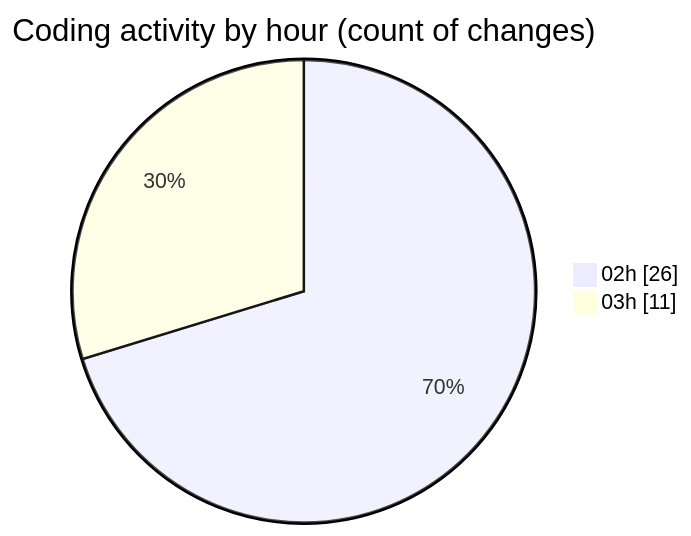
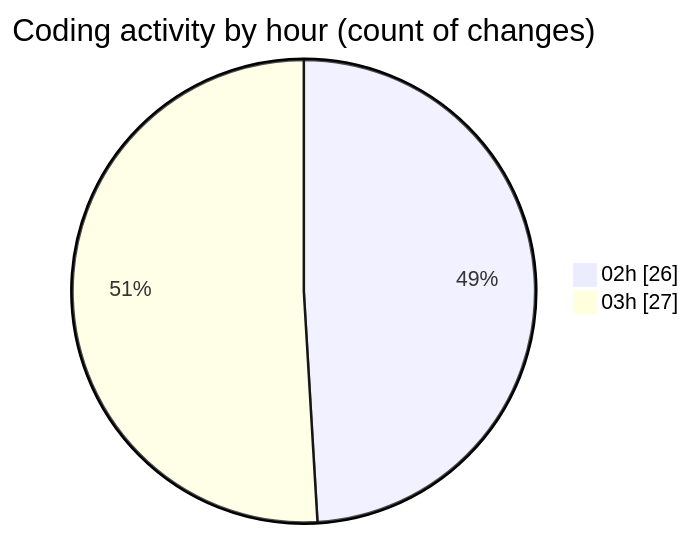
One commit to charlie-sans/code-tracking changed the second of 2 diagrams in 2025-02-22/micros/README.md. Above: the diagram before and after it, drawn with Mermaid. The commit also changed other lines of this file and 1 other file, not shown here.

````diff
--- a/2025-02-22/micros/README.md
+++ b/2025-02-22/micros/README.md
@@ -36,6 +42,6 @@
 ```mermaid
 pie showData
 title Coding activity by hour (count of changes)
 "02h" : 26
-"03h" : 11
+"03h" : 27
 ```
````
